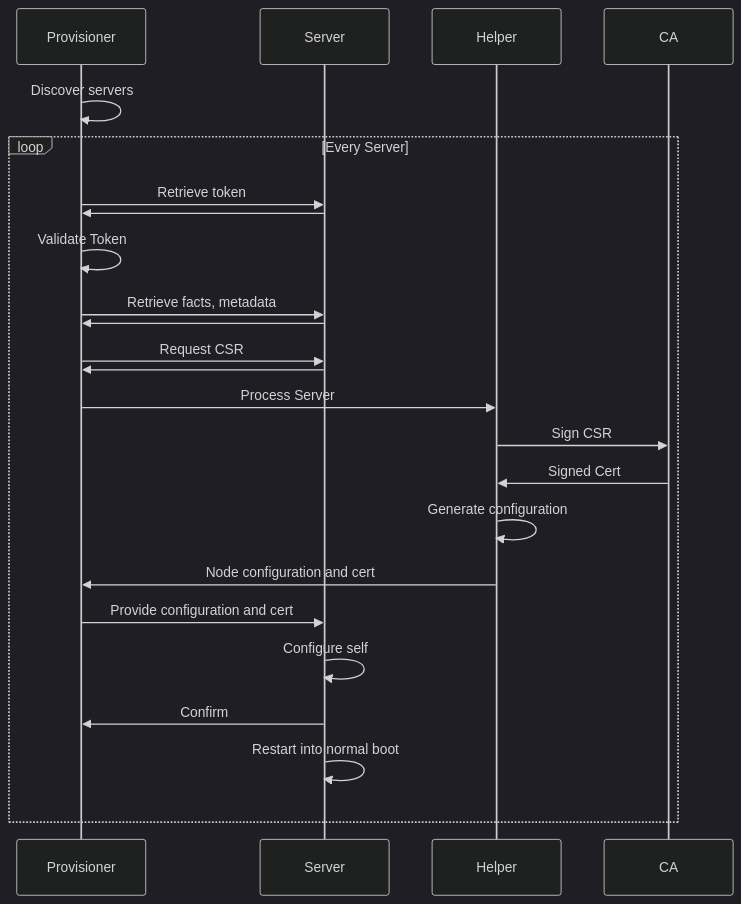
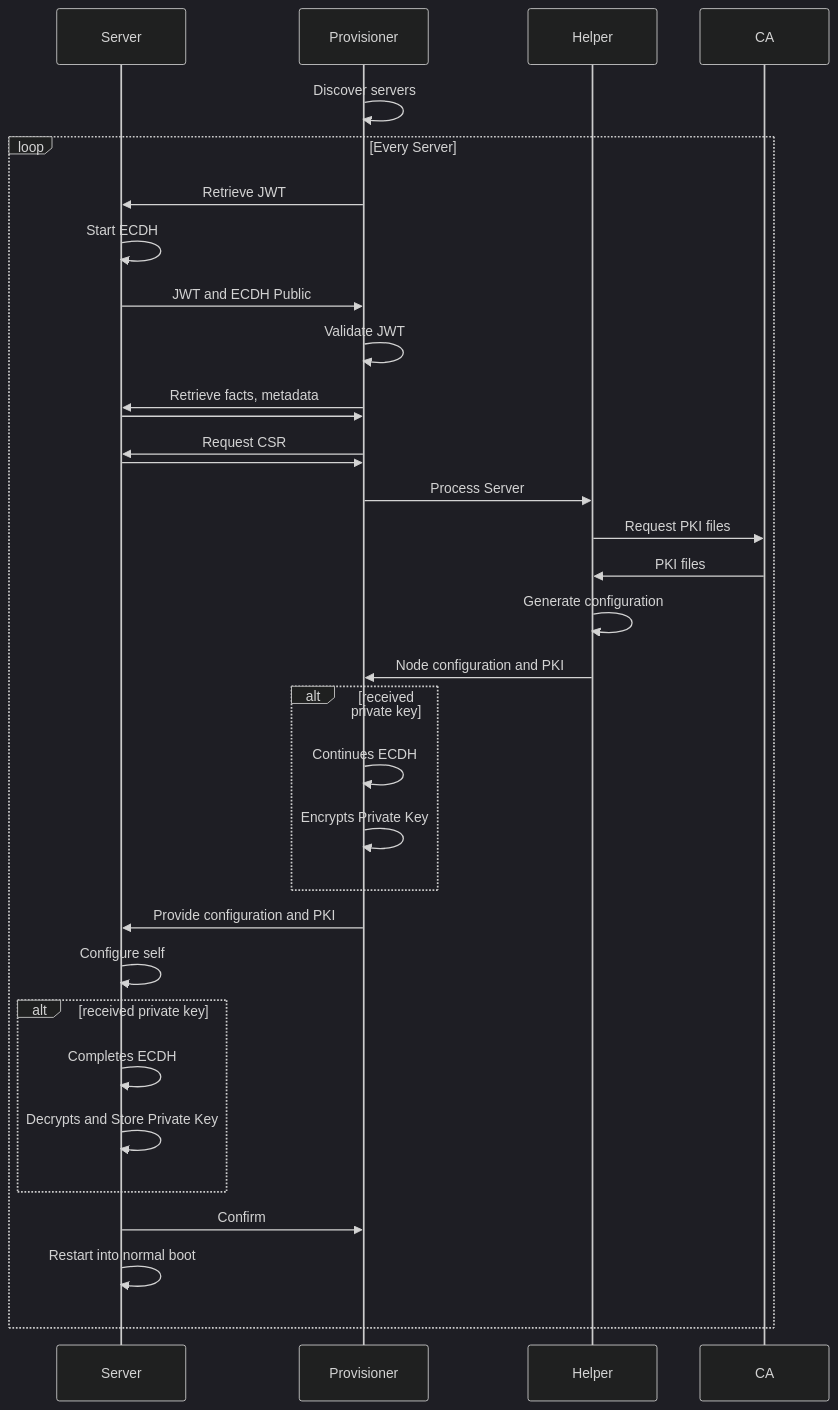
The first of 3 diagrams in docs/content/concepts/large_scale/_index.md (choria-io/website), drawn with Mermaid (dark theme) before and after one commit. The commit also changed other lines of this file, not shown here.

Commit message:
mention ecdh based private key provisioning

```diff
--- a/docs/content/concepts/large_scale/_index.md
+++ b/docs/content/concepts/large_scale/_index.md
@@ -102,33 +102,46 @@
 {{<mermaid align="left">}}
 sequenceDiagram
+   participant S as Server
    participant P as Provisioner
-   participant S as Server
    participant H as Helper
    participant CA
 
    P ->> P: Discover servers
 
    loop Every Server
-      P ->> S: Retrieve token
-      S ->> P: 
-      P ->> P: Validate Token
-      
+      P ->> S: Retrieve JWT
+      S ->> S: Start ECDH
+      S ->> P: JWT and ECDH Public
+      P ->> P: Validate JWT
+   
       P ->> S: Retrieve facts, metadata
       S ->> P: 
-      
+         
+         
       P ->> S: Request CSR
       S ->> P: 
-      
+   
       P ->> H: Process Server
-      H ->> CA: Sign CSR
-      CA ->> H: Signed Cert
+      H ->> CA: Request PKI files
+      CA ->> H: PKI files
       H ->> H: Generate configuration
-      H ->> P: Node configuration and cert
-      
-      P ->> S: Provide configuration and cert
+      H ->> P: Node configuration and PKI
+   
+      alt received private key
+         P ->> P: Continues ECDH
+         P ->> P: Encrypts Private Key
+      end
+   
+      P ->> S: Provide configuration and PKI
       S ->> S: Configure self
+   
+      alt received private key
+         S ->> S: Completes ECDH
+         S ->> S: Decrypts and Store Private Key
+      end
+   
       S ->> P: Confirm
       
       S ->> S: Restart into normal boot
    end
 {{< /mermaid >}}
```
